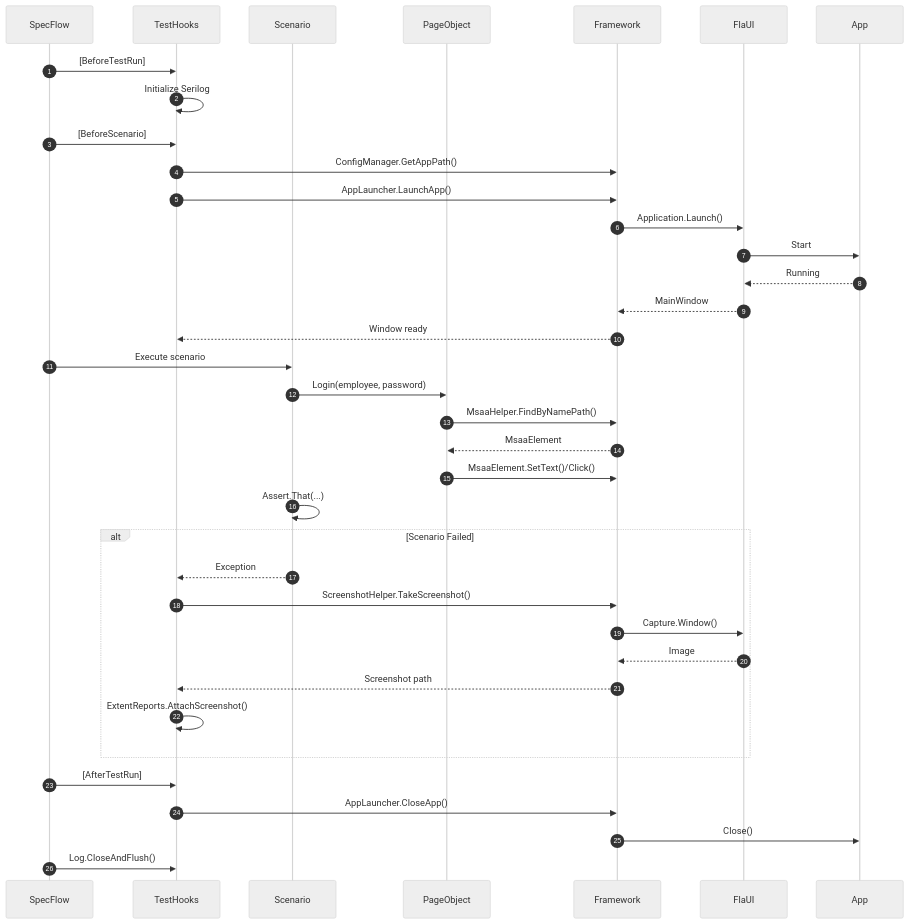
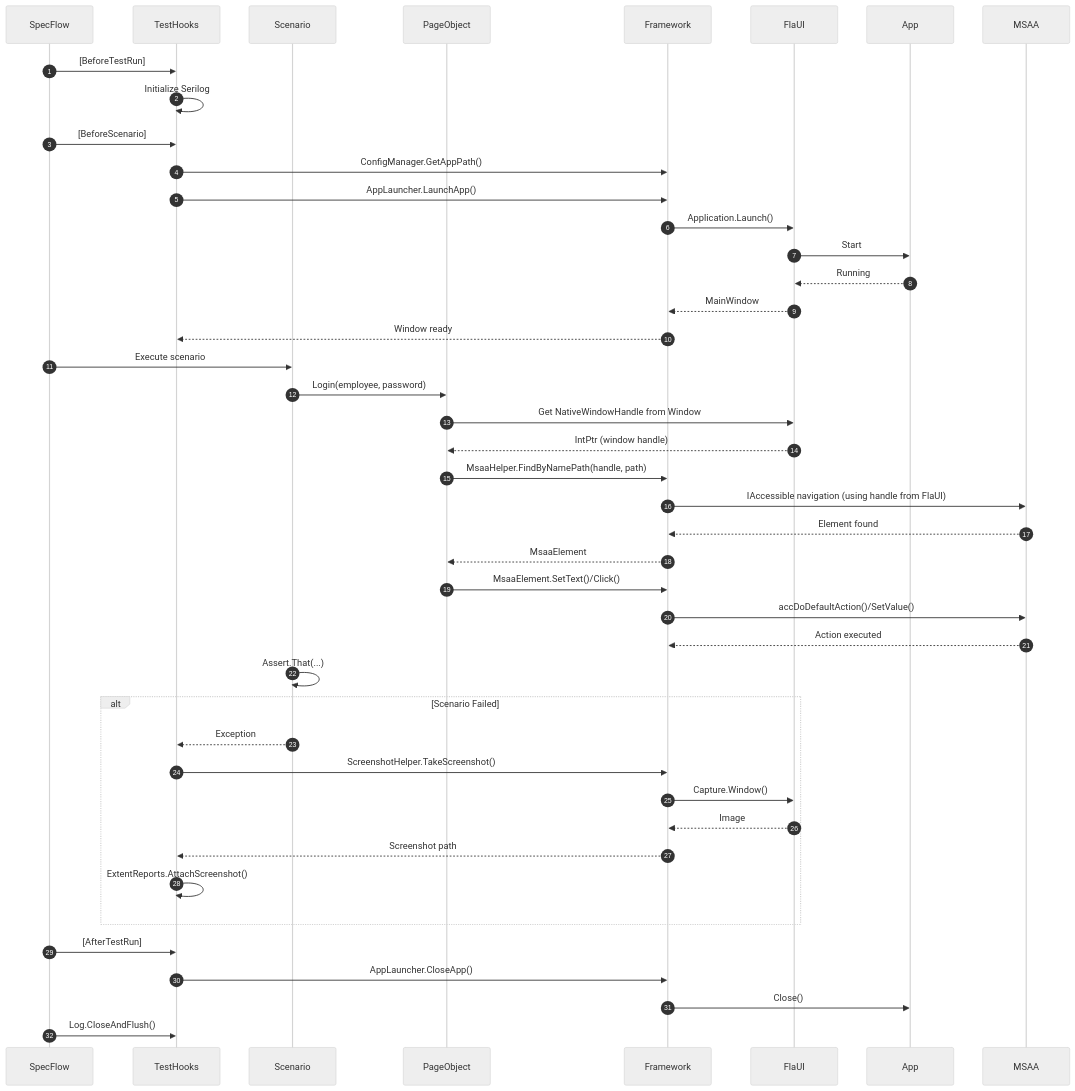
Before and after one commit to Akradeveloper/Hipos: the sixth of 6 diagrams in website/docs/architecture.md, drawn with Mermaid (neutral theme). The commit also changed other lines of this file and 10 other files, not shown here.

First line of the commit message:
Update documentation and code comments to clarify MSAA interactions via FlaUI

````diff
--- a/website/docs/architecture.md
+++ b/website/docs/architecture.md
@@ -311,46 +326,52 @@
 ```mermaid
 sequenceDiagram
     autonumber
     participant SpecFlow
     participant TestHooks
     participant Scenario
     participant PageObject
     participant Framework
     participant FlaUI
     participant App
     
     SpecFlow->>TestHooks: [BeforeTestRun]
     TestHooks->>TestHooks: Initialize Serilog
     
     SpecFlow->>TestHooks: [BeforeScenario]
     TestHooks->>Framework: ConfigManager.GetAppPath()
     TestHooks->>Framework: AppLauncher.LaunchApp()
     Framework->>FlaUI: Application.Launch()
     FlaUI->>App: Start
     App-->>FlaUI: Running
     FlaUI-->>Framework: MainWindow
     Framework-->>TestHooks: Window ready
     
     SpecFlow->>Scenario: Execute scenario
     Scenario->>PageObject: Login(employee, password)
-    PageObject->>Framework: MsaaHelper.FindByNamePath()
+    PageObject->>FlaUI: Get NativeWindowHandle from Window
+    FlaUI-->>PageObject: IntPtr (window handle)
+    PageObject->>Framework: MsaaHelper.FindByNamePath(handle, path)
+    Framework->>MSAA: IAccessible navigation (using handle from FlaUI)
+    MSAA-->>Framework: Element found
     Framework-->>PageObject: MsaaElement
     PageObject->>Framework: MsaaElement.SetText()/Click()
+    Framework->>MSAA: accDoDefaultAction()/SetValue()
+    MSAA-->>Framework: Action executed
     
     Scenario->>Scenario: Assert.That(...)
     
     alt Scenario Failed
         Scenario-->>TestHooks: Exception
         TestHooks->>Framework: ScreenshotHelper.TakeScreenshot()
         Framework->>FlaUI: Capture.Window()
         FlaUI-->>Framework: Image
         Framework-->>TestHooks: Screenshot path
         TestHooks->>TestHooks: ExtentReports.AttachScreenshot()
     end
     
     SpecFlow->>TestHooks: [AfterTestRun]
     TestHooks->>Framework: AppLauncher.CloseApp()
     Framework->>App: Close()
     
     SpecFlow->>TestHooks: Log.CloseAndFlush()
 ```
````
